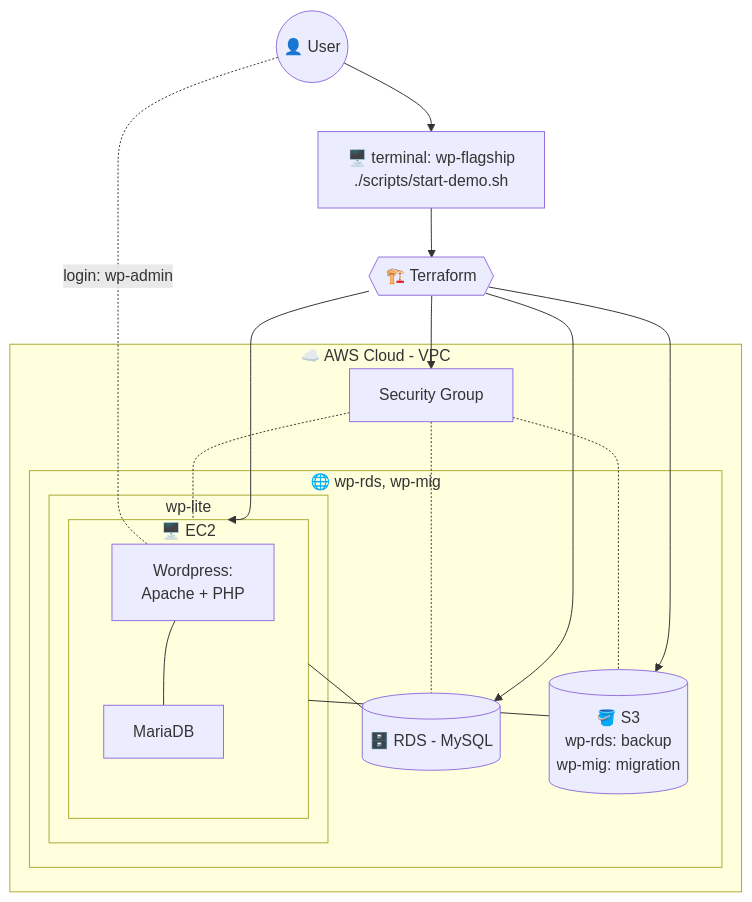
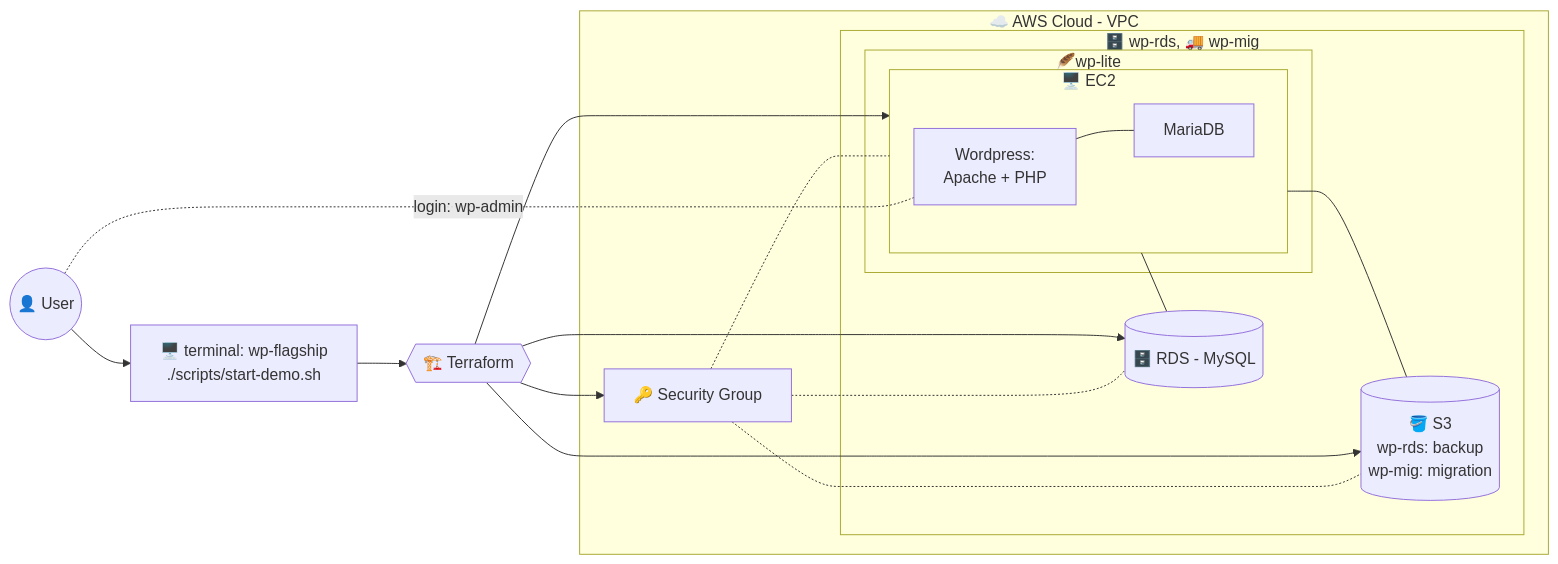
Before and after one commit to bebopinbebop/wordpress-flagship: the second of 2 diagrams in README.md, drawn with Mermaid. The commit also changed other lines of this file, not shown here.

Commit message:
got some mermaid errors, just checking on whether it's showing on github

````diff
--- a/README.md
+++ b/README.md
@@ -123,46 +133,46 @@
 ```mermaid
-flowchart TD
+flowchart LR
     User["🖥️ terminal: wp-flagship\n./scripts/start-demo.sh"]
     USER((👤 User))
     Terraform{{🏗️ Terraform}}
     RDS[(🗄️ RDS - MySQL)]
     S3[(🪣 S3\nwp-rds: backup\nwp-mig: migration)]
+    
 
     subgraph AWS["☁️ AWS Cloud - VPC"]
         Security
-        subgraph VPC["🌐 wp-rds, wp-mig"]
-            subgraph PUBLIC["wp-lite"]
+        subgraph VPC["🗄️ wp-rds, 🚚 wp-mig"]
+        S3
+            subgraph PUBLIC["🪶wp-lite"]
                 subgraph EC2[🖥️ EC2]
                     Wordpress[Wordpress:\nApache + PHP]
                     MariaDB
 
                     Wordpress --- MariaDB
                     
                 end
             end
 
-            RDS
-            S3
+        RDS
+            
         end
     end
 
     USER -.- |login: wp-admin| Wordpress
     
     USER --> User
     Security -.- RDS
     Security -.- EC2
     Security -.- S3
 
     User --> Terraform
 
     Terraform --> EC2
-    Terraform --> Security["Security Group"]
+    Terraform --> Security["🔑 Security Group"]
     Terraform --> RDS
     Terraform --> S3
     
 
-    EC2 --- S3
-    EC2 --- RDS
-
-    
+    EC2 ---- S3
+    EC2 --- RDS    
 ```
````
